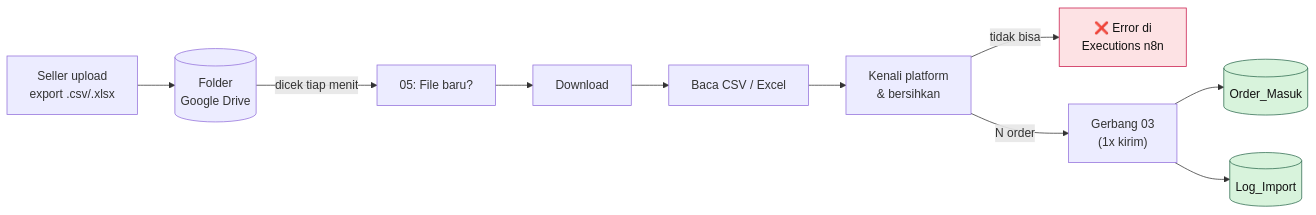
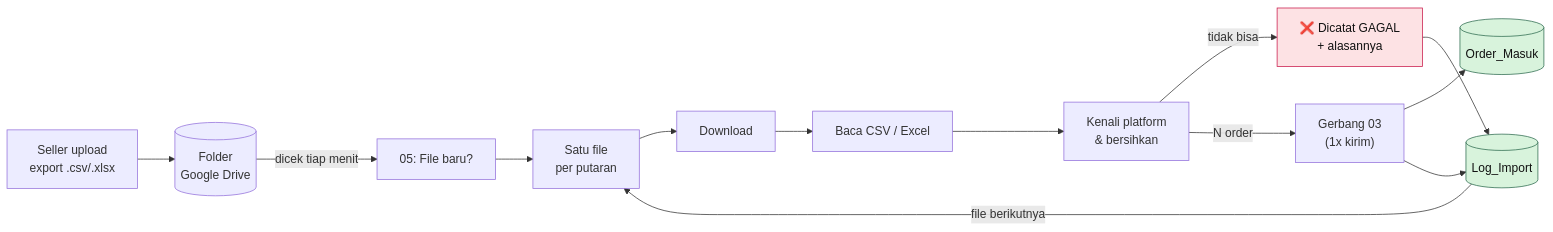
Before and after one commit to kiekevin27-ux/ordersync-beauty: the diagram in docs/08-import-export-drive.md, drawn with Mermaid. The commit also changed other lines of this file and 2 other files, not shown here.

Commit message:
workflow 05: proses file satu per satu (loop) + catat file gagal ke Log_Import
Bug: dua file yang di-upload bersamaan terbaca jadi satu tumpukan,
platform dikenali dari baris pertama sehingga baris Shopee terlewat.
Diuji di n8n 2.47.4 dengan 3 file sekaligus: shopee 200, tiktok 100,
whatsapp ditolak & tercatat.

````diff
--- a/docs/08-import-export-drive.md
+++ b/docs/08-import-export-drive.md
@@ -11,16 +11,18 @@
 ```mermaid
 flowchart LR
     U["Seller upload<br/>export .csv/.xlsx"] --> D[("Folder<br/>Google Drive")]
     D -->|"dicek tiap menit"| T["05: File baru?"]
-    T --> DL["Download"] --> RD["Baca CSV / Excel"]
+    T --> LP["Satu file<br/>per putaran"] --> DL["Download"] --> RD["Baca CSV / Excel"]
     RD --> BR["Kenali platform<br/>& bersihkan"]
-    BR -->|"tidak bisa"| ER["❌ Error di<br/>Executions n8n"]
+    BR -->|"tidak bisa"| ER["❌ Dicatat GAGAL<br/>+ alasannya"]
     BR -->|"N order"| G["Gerbang 03<br/>(1x kirim)"]
     G --> S[("Order_Masuk")]
     G --> L[("Log_Import")]
+    ER --> L
+    L -->|"file berikutnya"| LP
 
     classDef ok fill:#d8f3dc,stroke:#2d6a4f,color:#111;
     classDef err fill:#fde2e4,stroke:#c9184a,color:#111;
     class S,L ok;
     class ER err;
 ```
````
